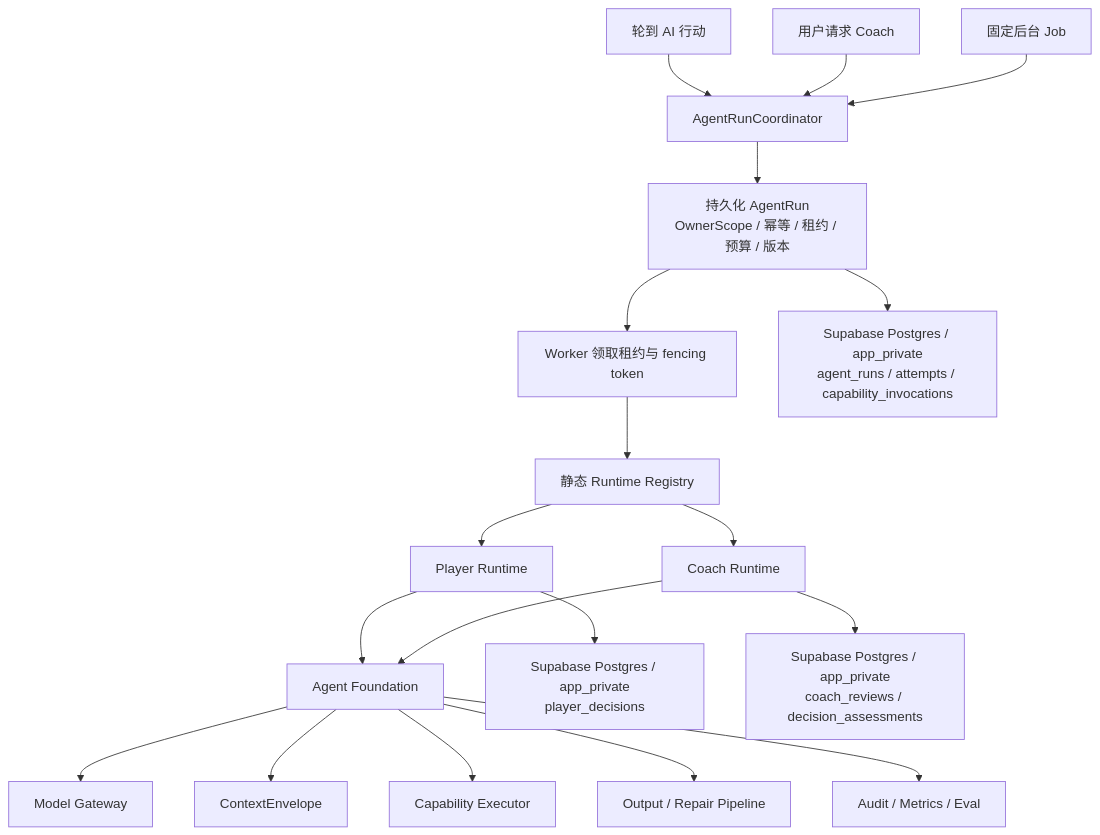
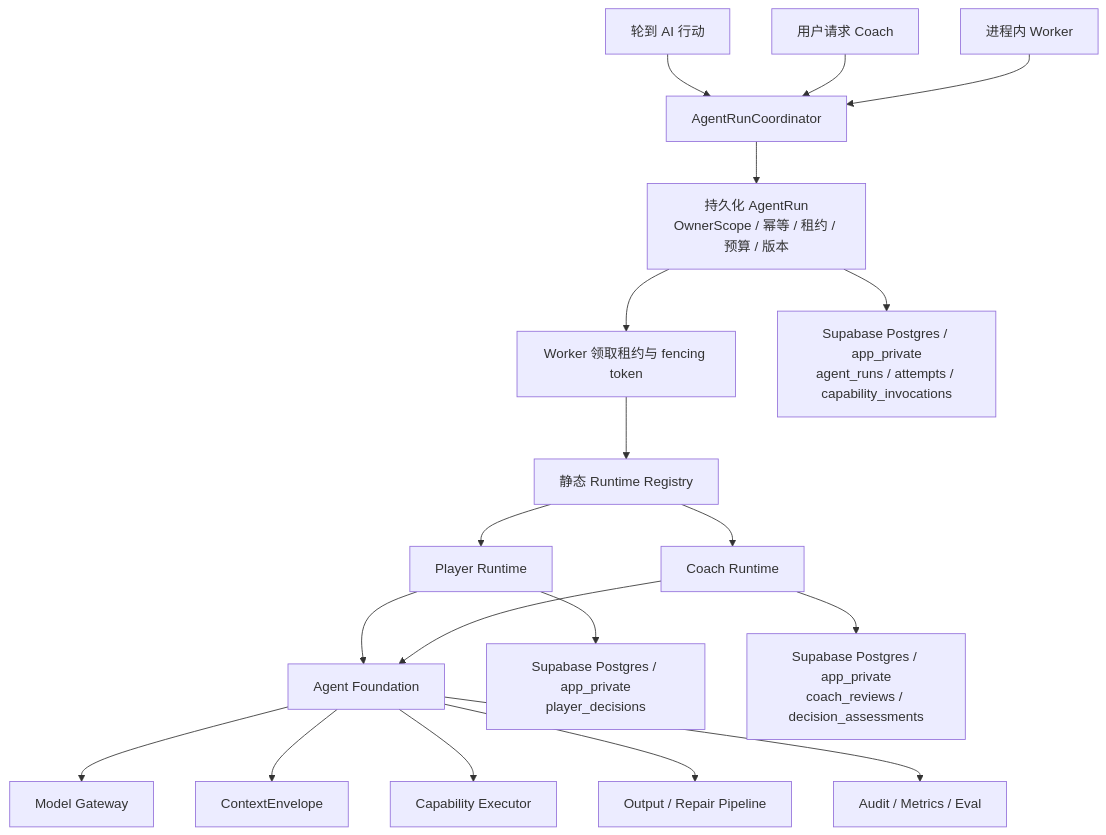
The first of 3 diagrams in docs/superpowers/specs/2026-07-26-agent-foundation-runtime-architecture.md (PANYUXIN6/TX-holdem-coach), drawn with Mermaid before and after one commit. The commit also changed other lines of this file and 9 other files, not shown here.

````diff
--- a/docs/superpowers/specs/2026-07-26-agent-foundation-runtime-architecture.md
+++ b/docs/superpowers/specs/2026-07-26-agent-foundation-runtime-architecture.md
@@ -61,26 +61,26 @@
 ```mermaid
 flowchart TD
     T1["轮到 AI 行动"] --> RC["AgentRunCoordinator"]
     T2["用户请求 Coach"] --> RC
-    T3["固定后台 Job"] --> RC
+    T3["进程内 Worker"] --> RC
 
     RC --> AR["持久化 AgentRun<br/>OwnerScope / 幂等 / 租约 / 预算 / 版本"]
     AR --> W["Worker 领取租约与 fencing token"]
     W --> RR["静态 Runtime Registry"]
 
     RR --> PR["Player Runtime"]
     RR --> CR["Coach Runtime"]
 
     PR --> PF["Agent Foundation"]
     CR --> PF
 
     PF --> MG["Model Gateway"]
     PF --> CE["ContextEnvelope"]
     PF --> CAP["Capability Executor"]
     PF --> OUT["Output / Repair Pipeline"]
     PF --> OBS["Audit / Metrics / Eval"]
 
     AR --> DB1["Supabase Postgres / app_private<br/>agent_runs / attempts / capability_invocations"]
     PR --> DB2["Supabase Postgres / app_private<br/>player_decisions"]
     CR --> DB3["Supabase Postgres / app_private<br/>coach_reviews / decision_assessments"]
 ```
````
